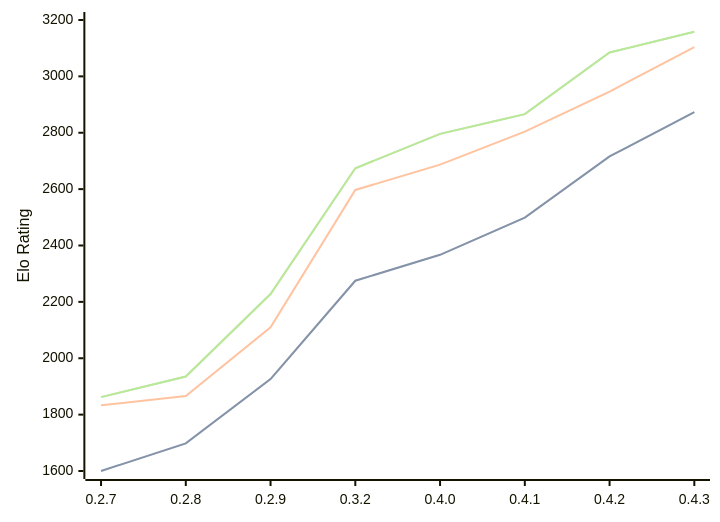
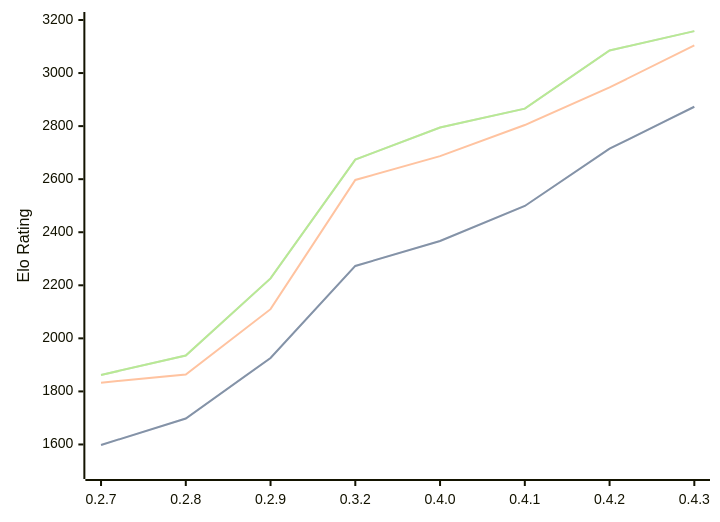
The diagram in engines/Dual.md (computer-chess-index/cci), drawn with Mermaid before and after one commit. The commit also changed other lines of this file, not shown here.

Commit message:
Update CCI Ratings (ELO VLTC) - 2026-09-21

````diff
--- a/engines/Dual.md
+++ b/engines/Dual.md
@@ -40,11 +40,11 @@
 ```mermaid
 %%{init: {"theme":"base","themeVariables":{"seriesColors:['#a3a3a3','#222221','#faa371']}}}%%
 xychart-beta
   x-axis ["0.2.7", "0.2.8", "0.2.9", "0.3.2", "0.4.0", "0.4.1", "0.4.2", "0.4.3"]
-  y-axis "Elo Rating" 1600 --> 3200
-  line "" [1600, 1698, 1926, 2275, 2367, 2499, 2716, 2873]
-  line "STC (8.0+0.08s)" [1600, 1698, 1926, 2275, 2367, 2499, 2716, 2873]
-  line "LTC (60.0+0.60s)" [1833, 1866, 2110, 2597, 2687, 2804, 2946, 3104]
-  line "" [1862, 1935, 2228, 2674, 2796, 2866, 3085, 3158]
-  line "VLTC (2m24s+1.12s)" [1862, 1935, 2228, 2674, 2796, 2866, 3085, 3158]
+  y-axis "Elo Rating" 1500 --> 3200
+  line "" [1598, 1698, 1926, 2273, 2367, 2499, 2715, 2873]
+  line "STC (8.0+0.08s)" [1598, 1698, 1926, 2273, 2367, 2499, 2715, 2873]
+  line "LTC (60.0+0.60s)" [1833, 1864, 2110, 2597, 2687, 2804, 2946, 3104]
+  line "" [1862, 1935, 2226, 2674, 2795, 2866, 3085, 3158]
+  line "VLTC (2m24s+1.12s)" [1862, 1935, 2226, 2674, 2795, 2866, 3085, 3158]
 ```
````
